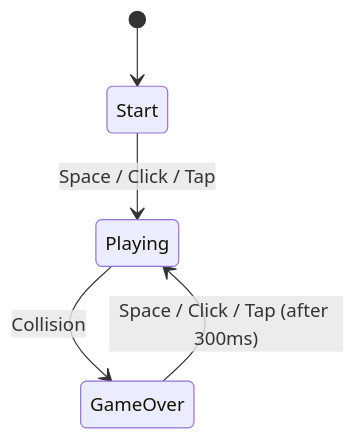
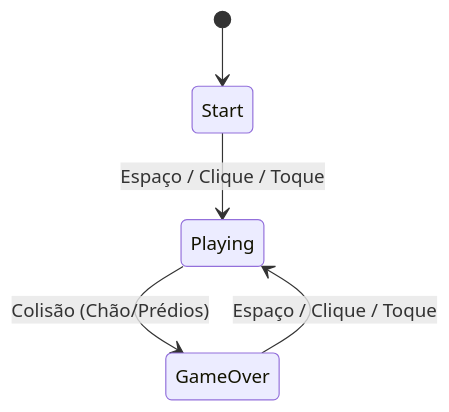
The first of 6 diagrams in README.md (camialmeidas/camikaze-flappy-game), drawn with Mermaid before and after one commit. The commit also changed other lines of this file and 2 other files, not shown here.

````diff
--- a/README.md
+++ b/README.md
@@ -43,7 +61,7 @@
 ```mermaid
 stateDiagram-v2
     [*] --> Start
-    Start --> Playing : Space / Click / Tap
-    Playing --> GameOver : Collision
-    GameOver --> Playing : Space / Click / Tap (after 300ms)
+    Start --> Playing : Espaço / Clique / Toque
+    Playing --> GameOver : Colisão (Chão/Prédios)
+    GameOver --> Playing : Espaço / Clique / Toque
 ```
````
